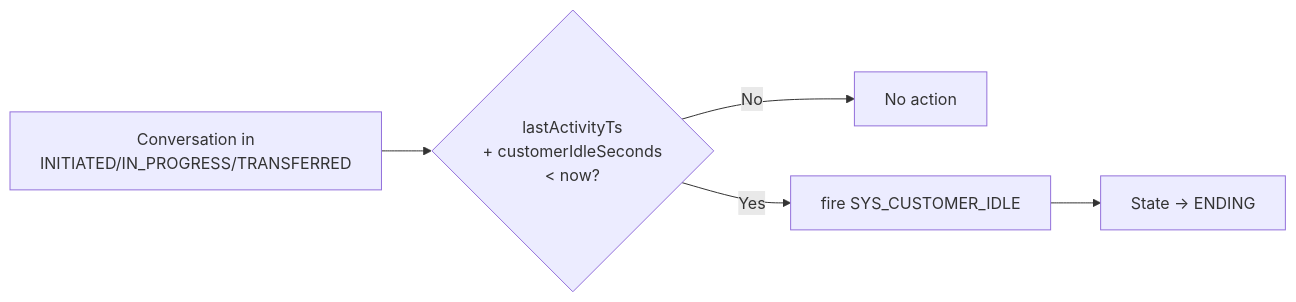
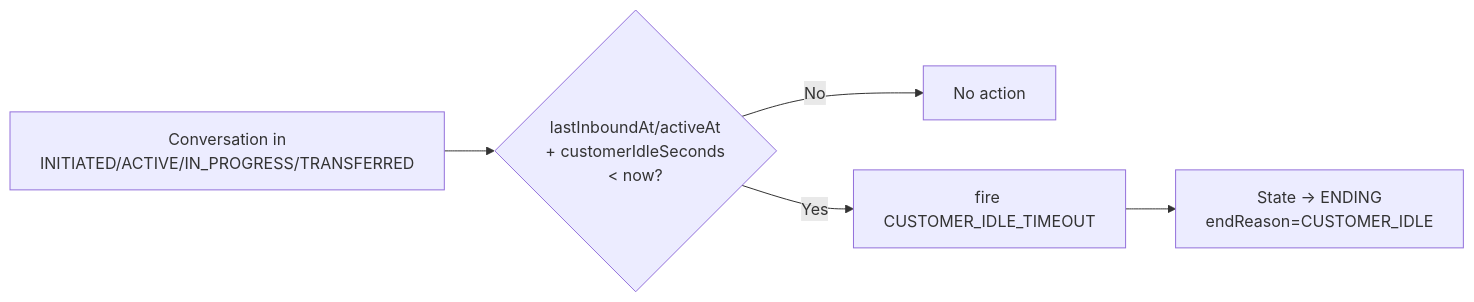
The third of 7 diagrams in 08-Code/state-machine/docs/03-State-Transition-Diagrams.md (huangzhiqiu/ai-knowledge-design), drawn with Mermaid before and after one commit. The commit also changed other lines of this file, not shown here.

First line of the commit message:
docs(state-machine): update state transition diagrams for v4.0 alignment

````diff
--- a/08-Code/state-machine/docs/03-State-Transition-Diagrams.md
+++ b/08-Code/state-machine/docs/03-State-Transition-Diagrams.md
@@ -169,7 +209,7 @@
 ```mermaid
 flowchart LR
-    A[Conversation in<br/>INITIATED/IN_PROGRESS/TRANSFERRED] --> B{lastActivityTs<br/>+ customerIdleSeconds<br/>< now?}
+    A[Conversation in<br/>INITIATED/ACTIVE/IN_PROGRESS/TRANSFERRED] --> B{lastInboundAt/activeAt<br/>+ customerIdleSeconds<br/>< now?}
     B -->|No| C[No action]
-    B -->|Yes| D[fire SYS_CUSTOMER_IDLE]
-    D --> E[State -> ENDING]
+    B -->|Yes| D[fire CUSTOMER_IDLE_TIMEOUT]
+    D --> E[State -> ENDING<br/>endReason=CUSTOMER_IDLE]
 ```
````
